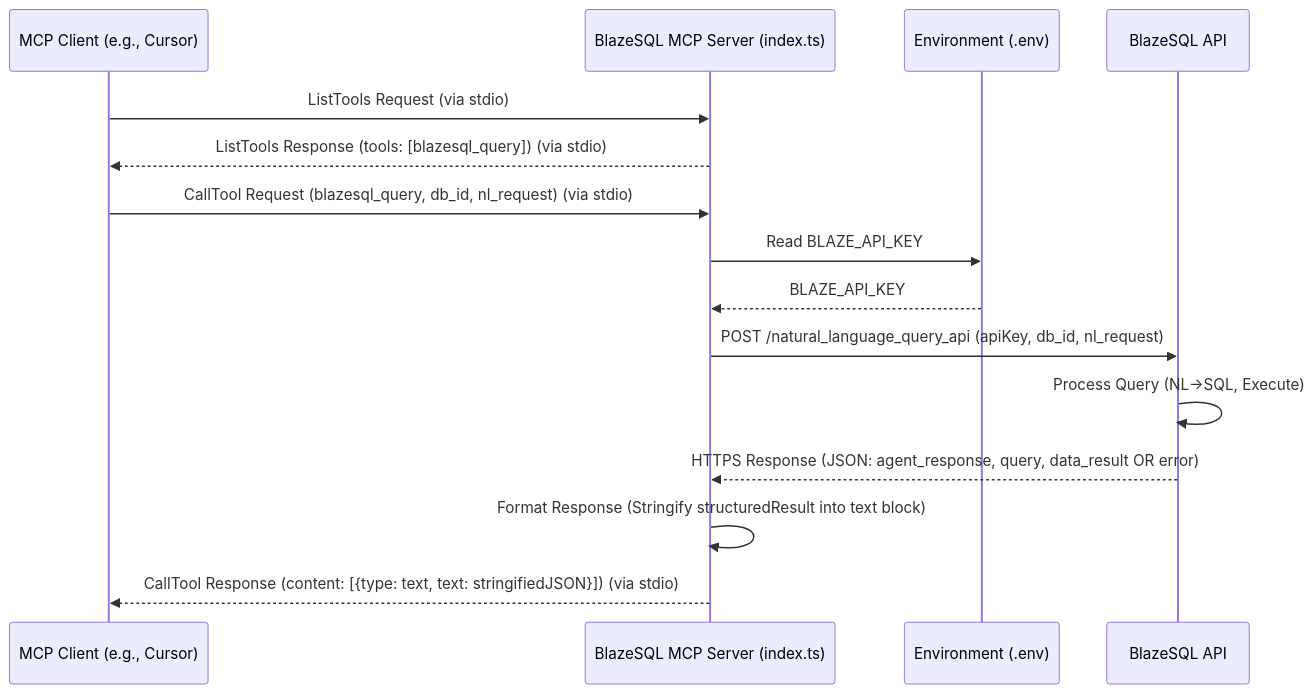
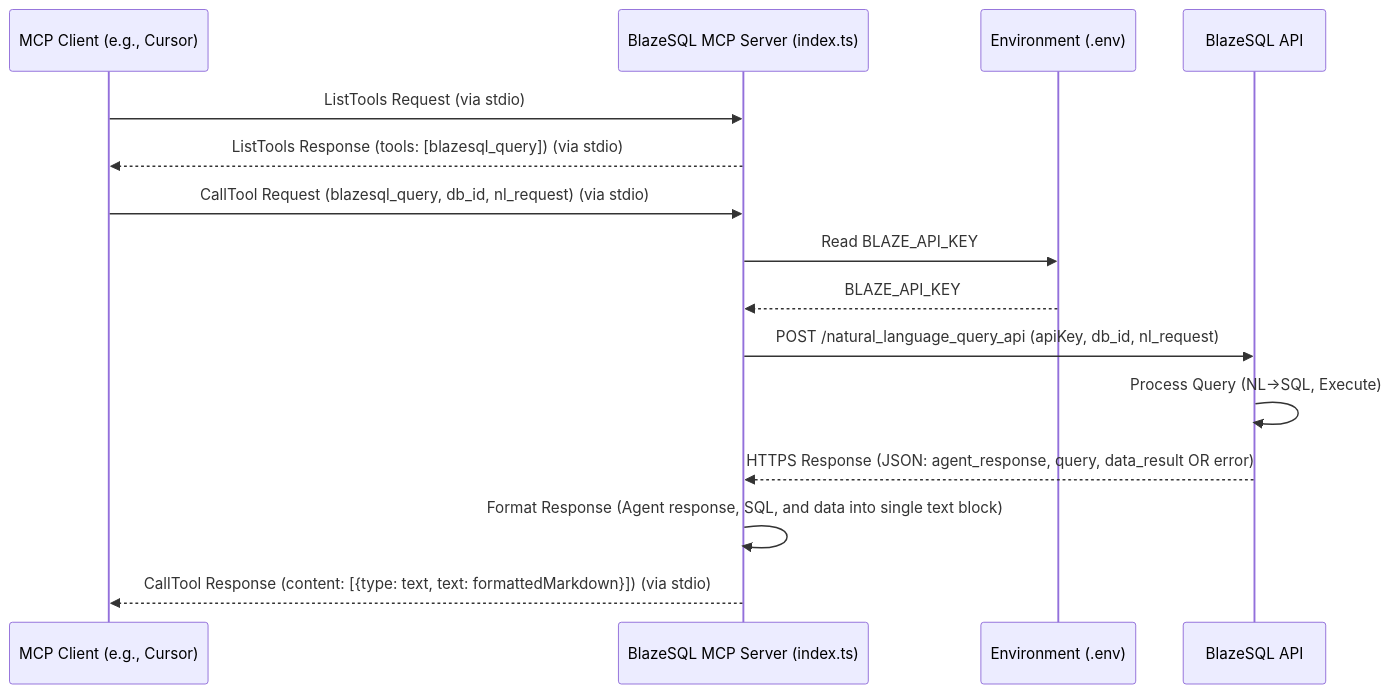
The diagram in README.md (arjshiv/blaze-sql-mcp-server), drawn with Mermaid before and after one commit. The commit also changed other lines of this file and 4 other files, not shown here.

Commit message:
Refactor BlazeSQL MCP server to use McpServer; upgrade @modelcontextprotocol/sdk to ^1.11.0 and add zod for input validation. Update README.md to reflect new features and response formatting improvements for the blazesql_query tool.

````diff
--- a/README.md
+++ b/README.md
@@ -15,20 +17,20 @@
 ```mermaid
 sequenceDiagram
     participant Client as MCP Client (e.g., Cursor)
     participant Server as BlazeSQL MCP Server (index.ts)
     participant Env as Environment (.env)
     participant BlazeAPI as BlazeSQL API
 
     Client->>Server: ListTools Request (via stdio)
     Server-->>Client: ListTools Response (tools: [blazesql_query]) (via stdio)
 
     Client->>Server: CallTool Request (blazesql_query, db_id, nl_request) (via stdio)
     Server->>Env: Read BLAZE_API_KEY
     Env-->>Server: BLAZE_API_KEY
     Server->>BlazeAPI: POST /natural_language_query_api (apiKey, db_id, nl_request)
     BlazeAPI->>BlazeAPI: Process Query (NL->SQL, Execute)
     BlazeAPI-->>Server: HTTPS Response (JSON: agent_response, query, data_result OR error)
-    Server->>Server: Format Response (Stringify structuredResult into text block)
-    Server-->>Client: CallTool Response (content: [{type: text, text: stringifiedJSON}]) (via stdio)
+    Server->>Server: Format Response (Agent response, SQL, and data into single text block)
+    Server-->>Client: CallTool Response (content: [{type: text, text: formattedMarkdown}]) (via stdio)
 
 ```
````
